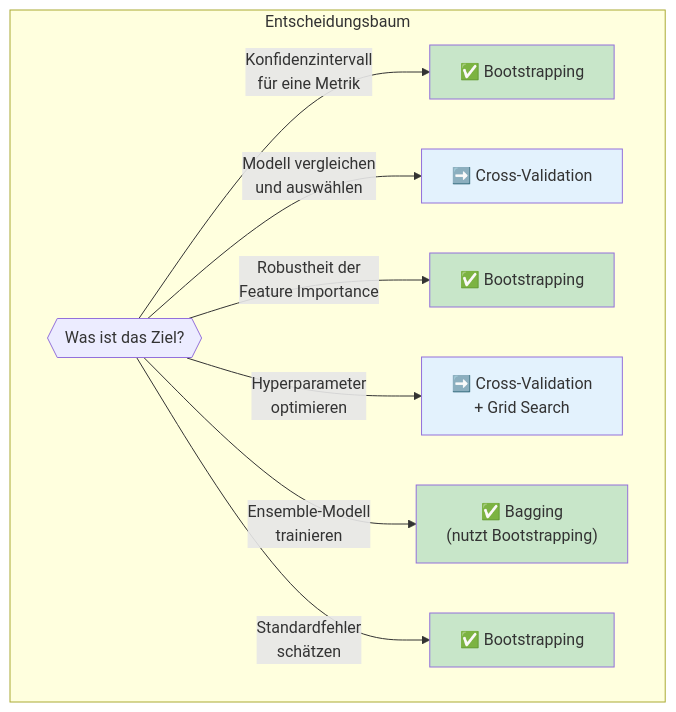
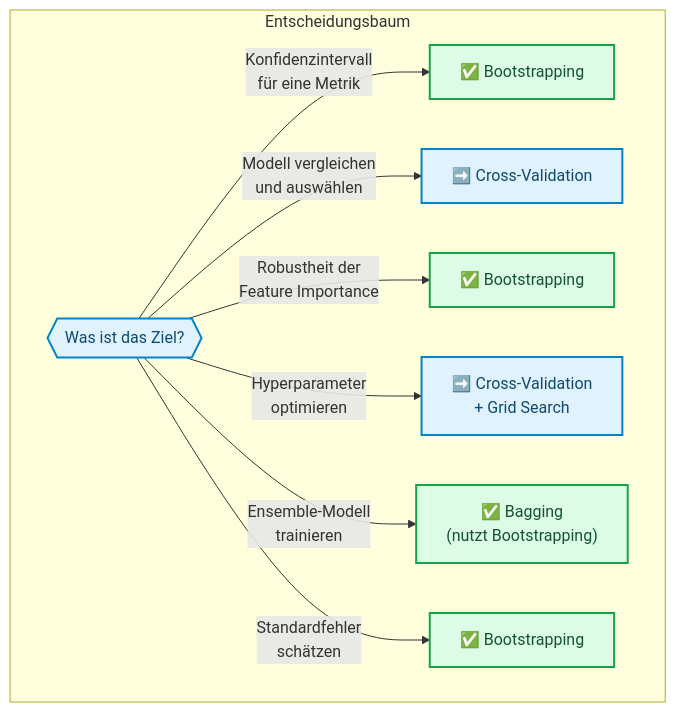
Before and after one commit to ralf-42/ML_Intro: the seventh of 7 diagrams in docs/concepts/evaluate/bootstrapping.md, drawn with Mermaid. The commit also changed other lines of this file and 67 other files, not shown here.

````diff
--- a/docs/concepts/evaluate/bootstrapping.md
+++ b/docs/concepts/evaluate/bootstrapping.md
@@ -625,20 +628,17 @@
 ```mermaid
 flowchart TB
     subgraph decision["Entscheidungsbaum"]
         Q1{{"Was ist das Ziel?"}}
 
         Q1 --> |"Konfidenzintervall<br/>für eine Metrik"| A1["✅ Bootstrapping"]
         Q1 --> |"Modell vergleichen<br/>und auswählen"| A2["➡️ Cross-Validation"]
         Q1 --> |"Robustheit der<br/>Feature Importance"| A3["✅ Bootstrapping"]
         Q1 --> |"Hyperparameter<br/>optimieren"| A4["➡️ Cross-Validation<br/>+ Grid Search"]
         Q1 --> |"Ensemble-Modell<br/>trainieren"| A5["✅ Bagging<br/>(nutzt Bootstrapping)"]
         Q1 --> |"Standardfehler<br/>schätzen"| A6["✅ Bootstrapping"]
     end
 
-    style A1 fill:#c8e6c9
-    style A3 fill:#c8e6c9
-    style A5 fill:#c8e6c9
-    style A6 fill:#c8e6c9
-    style A2 fill:#e3f2fd
-    style A4 fill:#e3f2fd
+    classDef default fill:#e0f2fe,stroke:#0284c7,stroke-width:2px,color:#0c4a6e;
+    classDef output fill:#dcfce7,stroke:#16a34a,stroke-width:2px,color:#14532d;
+    class A1,A3,A5,A6 output;
 ```
````
